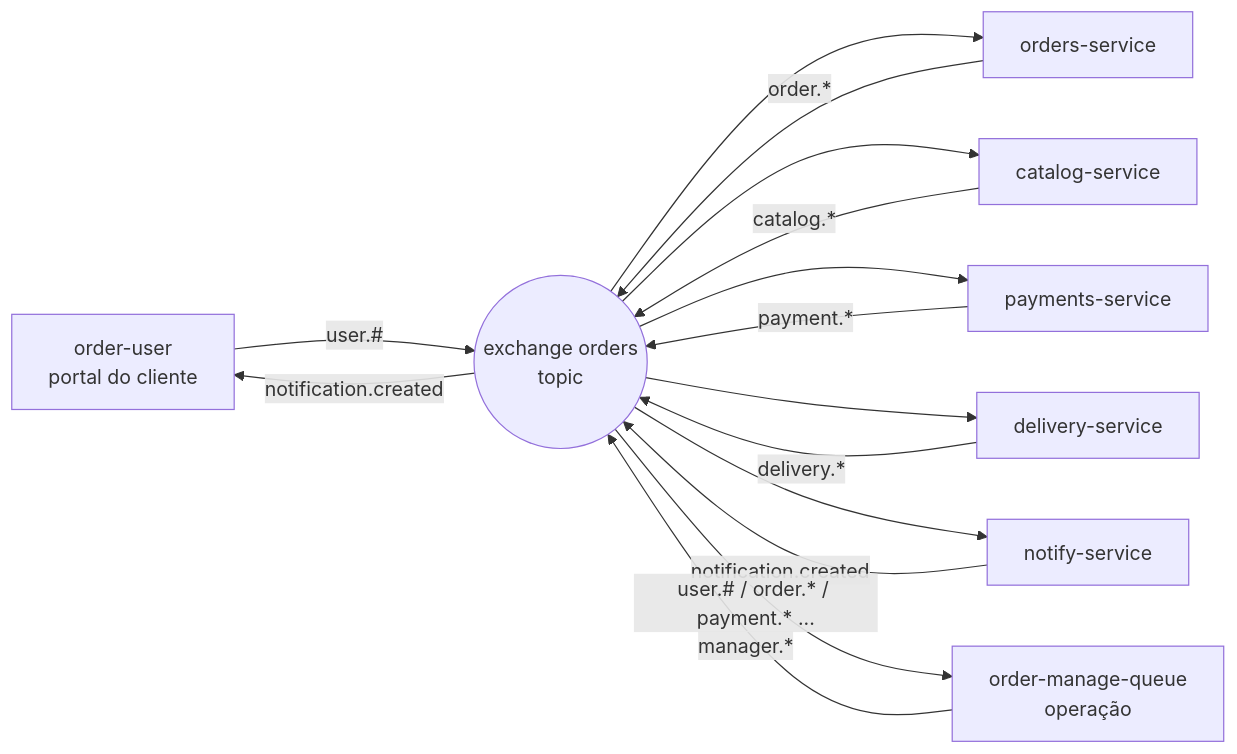
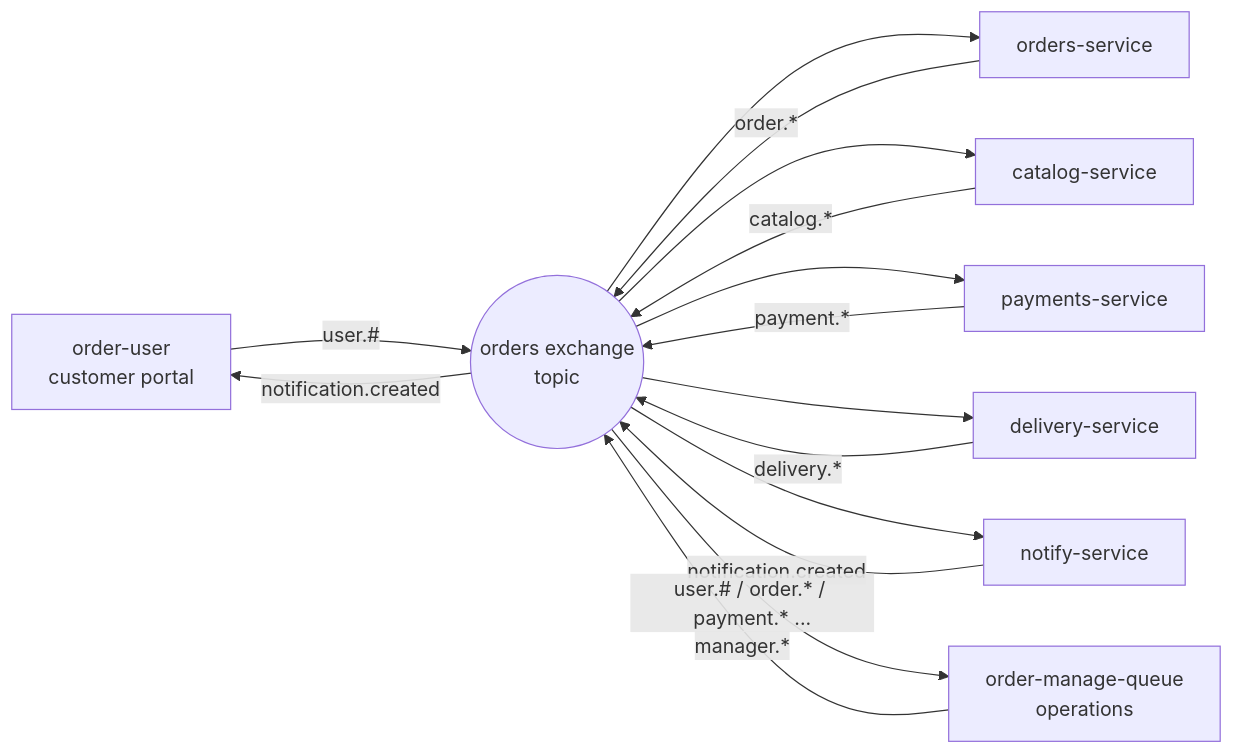
One commit to fabiossena/microservice-architecture changed the first of 2 diagrams in README.md. Above: the diagram before and after it, drawn with Mermaid. The commit also changed other lines of this file and 75 other files, not shown here.

````diff
--- a/README.md
+++ b/README.md
@@ -87,17 +88,17 @@
 ```mermaid
 flowchart LR
-    U[order-user<br/>portal do cliente] -->|user.#| EX((exchange orders<br/>topic))
-    M[order-manage-queue<br/>operação] -->|manager.*| EX
+    U[order-user<br/>customer portal] -->|user.#| EX((orders exchange<br/>topic))
+    M[order-manage-queue<br/>operations] -->|manager.*| EX
     EX --> O[orders-service]
     EX --> C[catalog-service]
     EX --> P[payments-service]
     EX --> D[delivery-service]
     EX --> N[notify-service]
     O -->|order.*| EX
     C -->|catalog.*| EX
     P -->|payment.*| EX
     D -->|delivery.*| EX
     N -->|notification.created| EX
     EX -->|notification.created| U
     EX -->|user.# / order.* / payment.* ...| M
 ```
````
